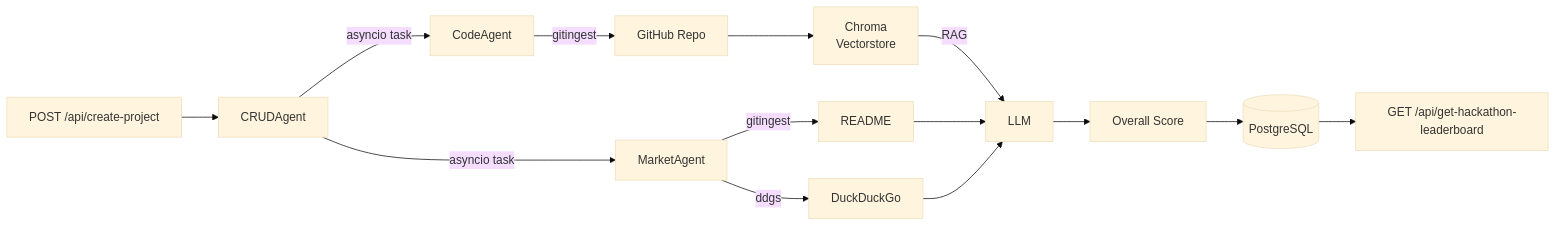
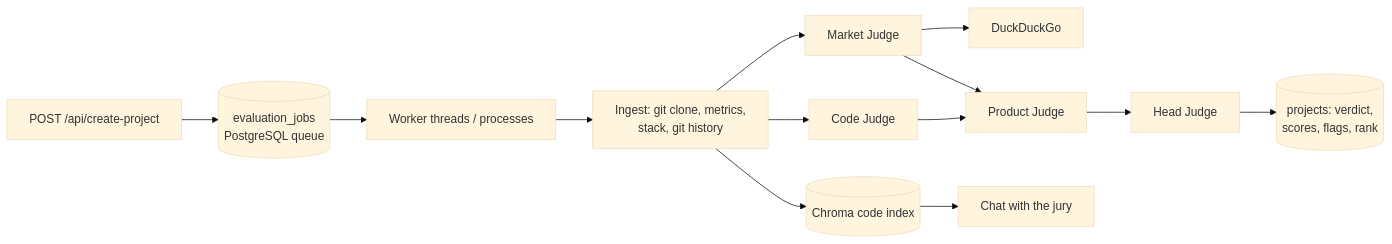
Before and after one commit to 0nlyDevs/evalio-backend: the diagram in README.md, drawn with Mermaid (base theme). The commit also changed other lines of this file and 7 other files, not shown here.

````diff
--- a/README.md
+++ b/README.md
@@ -72,15 +38,15 @@
 ```mermaid
 flowchart LR
-  submit[POST /api/create-project] --> crud[CRUDAgent]
-  crud -->|asyncio task| code[CodeAgent]
-  crud -->|asyncio task| market[MarketAgent]
-  code -->|gitingest| repo[GitHub Repo]
-  repo --> chroma[Chroma\nVectorstore]
-  chroma -->|RAG| llm[LLM]
-  market -->|gitingest| readme[README]
-  market -->|ddgs| web[DuckDuckGo]
-  readme & web --> llm
-  llm --> score[Overall Score]
-  score --> pg[(PostgreSQL)]
-  pg --> leaderboard[GET /api/get-hackathon-leaderboard]
+  submit[POST /api/create-project] --> queue[(evaluation_jobs\nPostgreSQL queue)]
+  queue --> worker[Worker threads / processes]
+  worker --> ingest[Ingest: git clone, metrics,\nstack, git history]
+  ingest --> chroma[(Chroma code index)]
+  ingest --> code[Code Judge]
+  ingest --> market[Market Judge]
+  market --> web[DuckDuckGo]
+  code --> product[Product Judge]
+  market --> product
+  product --> head[Head Judge]
+  head --> db[(projects: verdict,\nscores, flags, rank)]
+  chroma --> chat[Chat with the jury]
 ```
````
